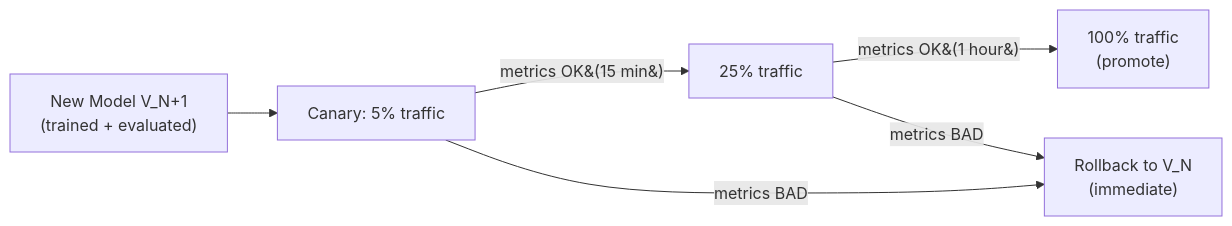
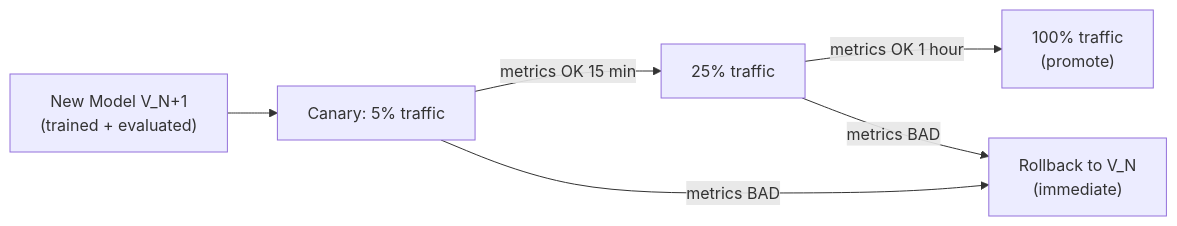
One commit to hsoni92/ml-workbook changed the second of 3 diagrams in bits-pilani/trimester-3/notes/machine-learning-model-engineering/week-13/13-failure-scenarios-and-resilience-strategies-transcript.md. Above: the diagram before and after it, drawn with Mermaid. The commit also changed 4 other files, not shown here.

````diff
--- a/bits-pilani/trimester-3/notes/machine-learning-model-engineering/week-13/13-failure-scenarios-and-resilience-strategies-transcript.md
+++ b/bits-pilani/trimester-3/notes/machine-learning-model-engineering/week-13/13-failure-scenarios-and-resilience-strategies-transcript.md
@@ -74,8 +74,8 @@
 ```mermaid
 flowchart LR
     TRAIN["New Model V_N+1\n(trained + evaluated)"] --> CANARY["Canary: 5% traffic"]
-    CANARY -->|metrics OK&#40;15 min&#41;| PARTIAL["25% traffic"]
-    PARTIAL -->|metrics OK&#40;1 hour&#41;| FULL["100% traffic\n(promote)"]
+    CANARY -->|metrics OK 15 min| PARTIAL["25% traffic"]
+    PARTIAL -->|metrics OK 1 hour| FULL["100% traffic\n(promote)"]
     CANARY -->|metrics BAD| ROLLBACK["Rollback to V_N\n(immediate)"]
     PARTIAL -->|metrics BAD| ROLLBACK
 ```
````
